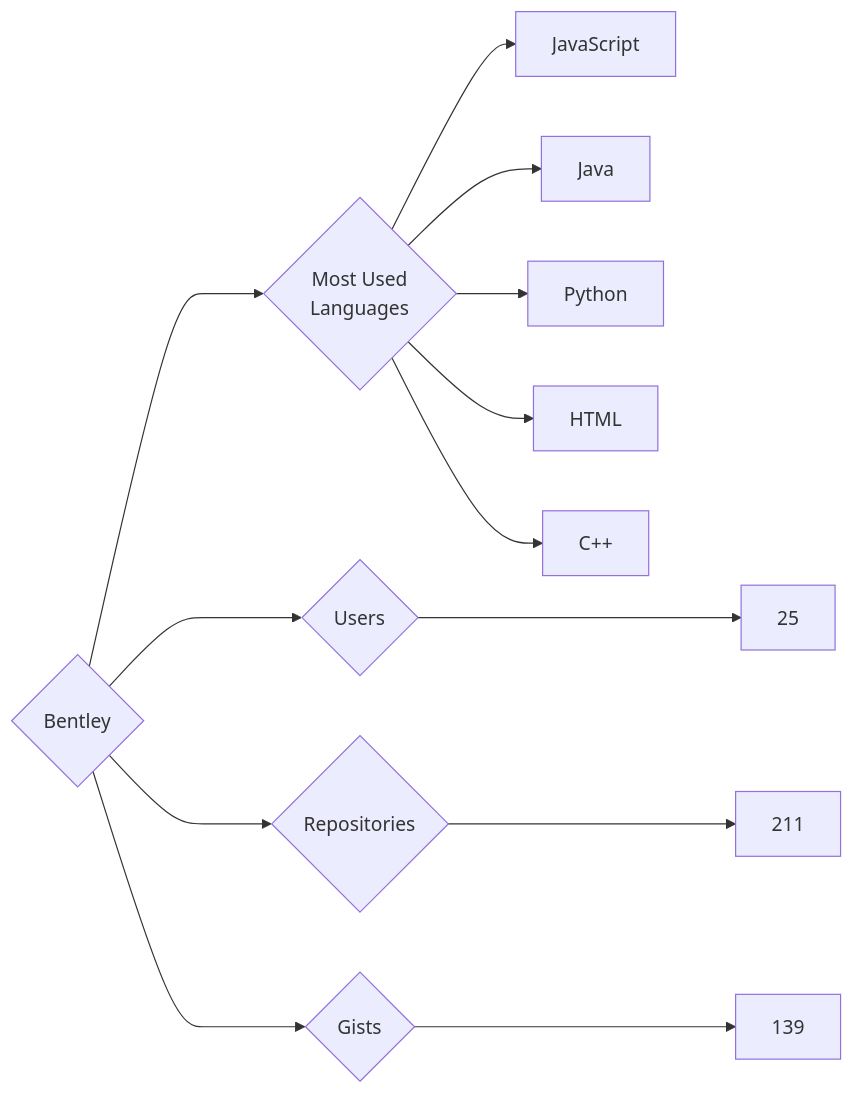
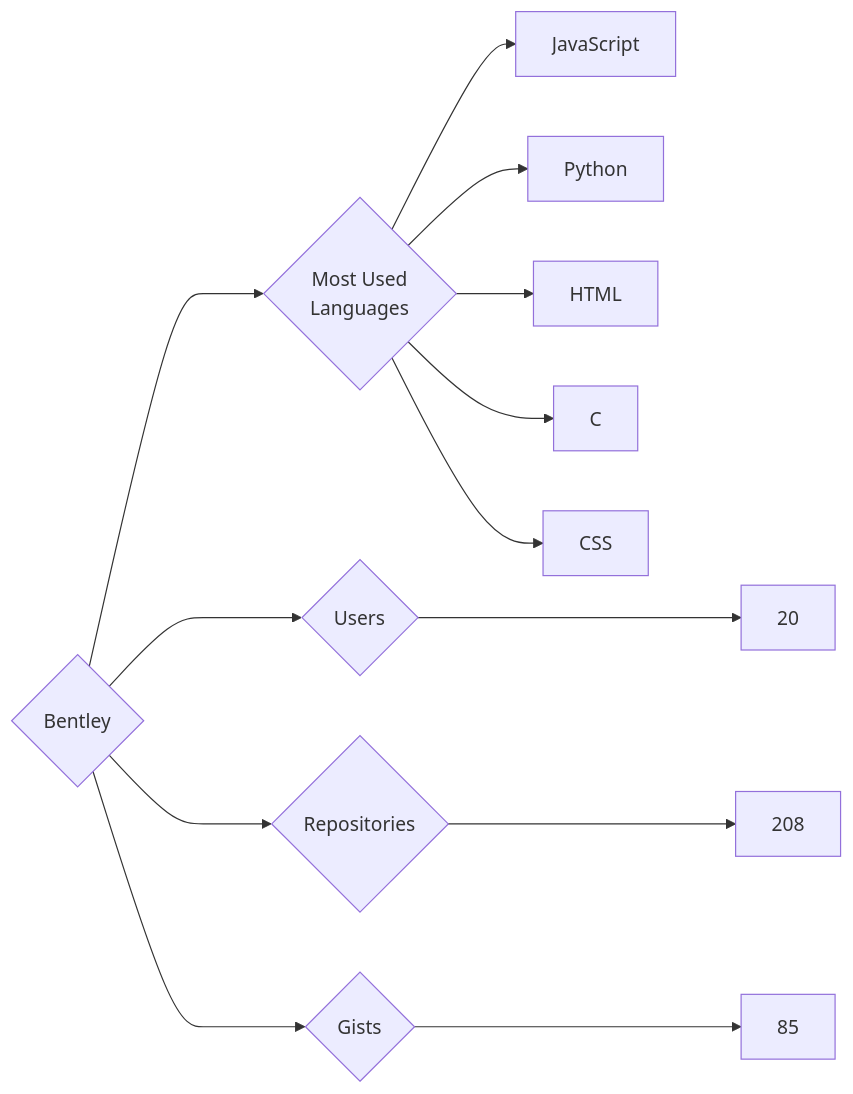
One commit to trickest/insiders changed the diagram in targets/Bentley/README.md. Above: the diagram before and after it, drawn with Mermaid. The commit also changed 870 other files, not shown here.

````diff
--- a/targets/Bentley/README.md
+++ b/targets/Bentley/README.md
@@ -3,13 +3,13 @@
 ```mermaid
 graph LR
 COMPANY_NAME{Bentley}
-COMPANY_NAME ---> U{Users} ---> UN[25]
-COMPANY_NAME ---> R{Repositories} ---> RN[211]
-COMPANY_NAME ---> G{Gists} ---> GN[139]
+COMPANY_NAME ---> U{Users} ---> UN[20]
+COMPANY_NAME ---> R{Repositories} ---> RN[208]
+COMPANY_NAME ---> G{Gists} ---> GN[85]
 COMPANY_NAME ---> ML{Most Used<br>Languages}
 ML --> JavaScript[JavaScript]
-ML --> Java[Java]
 ML --> Python[Python]
 ML --> HTML[HTML]
-ML --> C++[C++]
+ML --> C[C]
+ML --> CSS[CSS]
 ```
````
